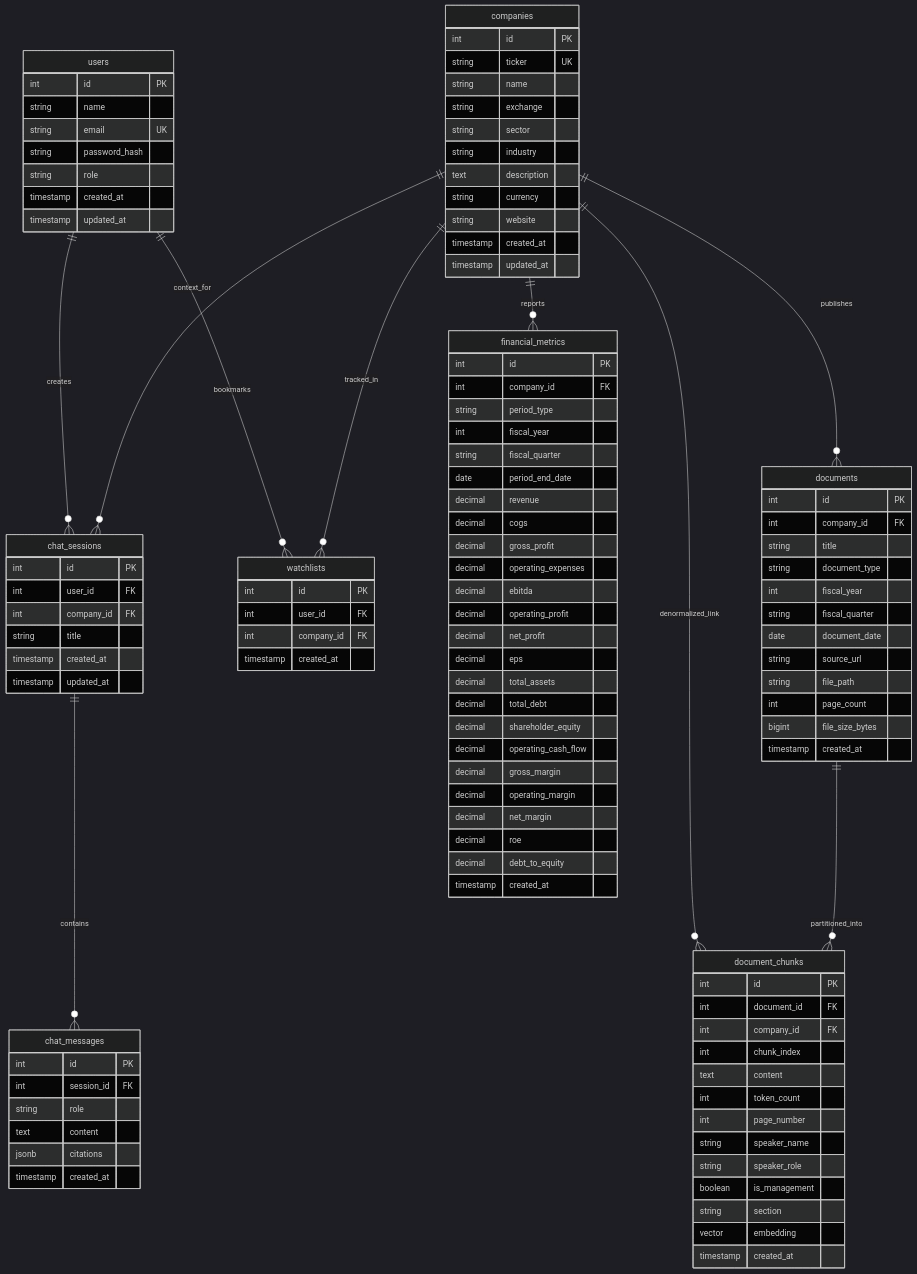
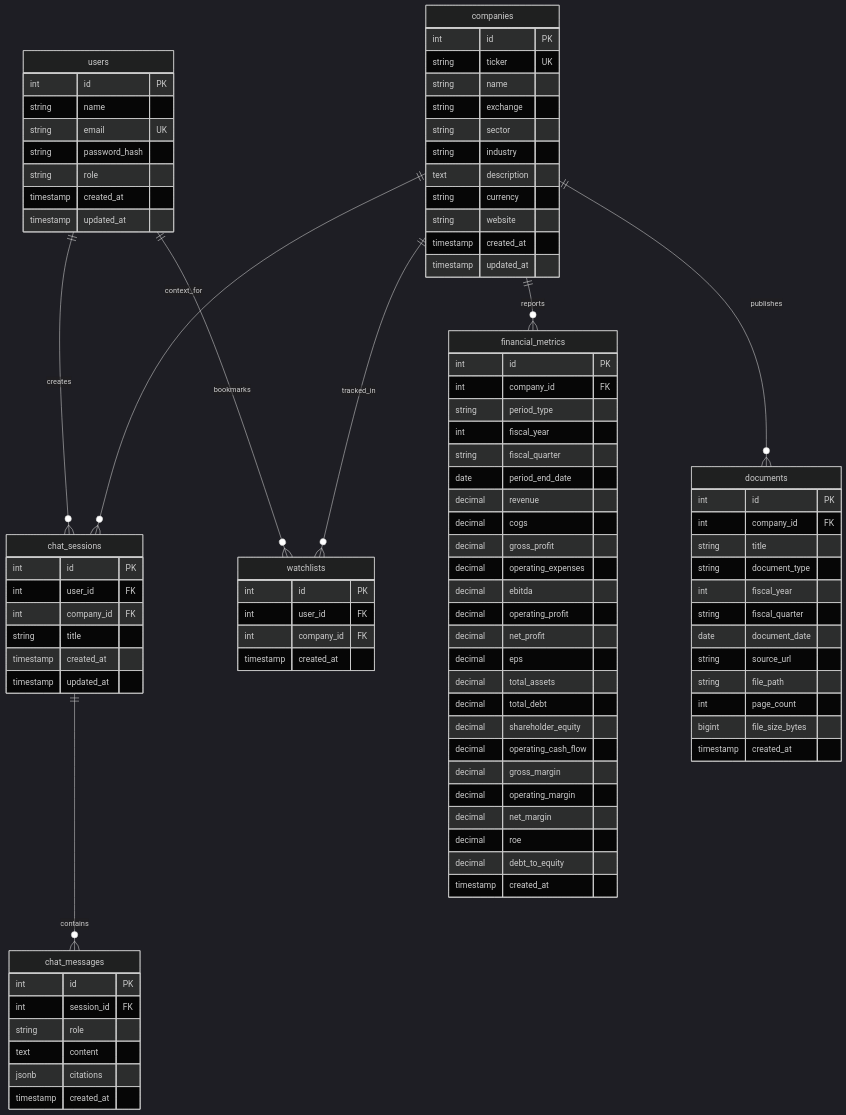
One commit to bhumsar07-arch/AI-Financial-Research-Terminal. changed the diagram in docs/05-database/ER-DIAGRAM.md. Above: the diagram before and after it, drawn with Mermaid (dark theme). The commit also changed other lines of this file and 45 other files, not shown here.

```diff
--- a/docs/05-database/ER-DIAGRAM.md
+++ b/docs/05-database/ER-DIAGRAM.md
@@ -13,11 +13,9 @@
     
     companies ||--o{ financial_metrics : "reports"
     companies ||--o{ documents : "publishes"
-    companies ||--o{ document_chunks : "denormalized_link"
     companies ||--o{ watchlists : "tracked_in"
     companies ||--o{ chat_sessions : "context_for"
 
-    documents ||--o{ document_chunks : "partitioned_into"
 
     chat_sessions ||--o{ chat_messages : "contains"
 
@@ -87,22 +85,6 @@
         timestamp created_at
     }
 
-    document_chunks {
-        int id PK
-        int document_id FK
-        int company_id FK
-        int chunk_index
-        text content
-        int token_count
-        int page_number
-        string speaker_name
-        string speaker_role
-        boolean is_management
-        string section
-        vector embedding
-        timestamp created_at
-    }
-
     chat_sessions {
         int id PK
         int user_id FK
```
